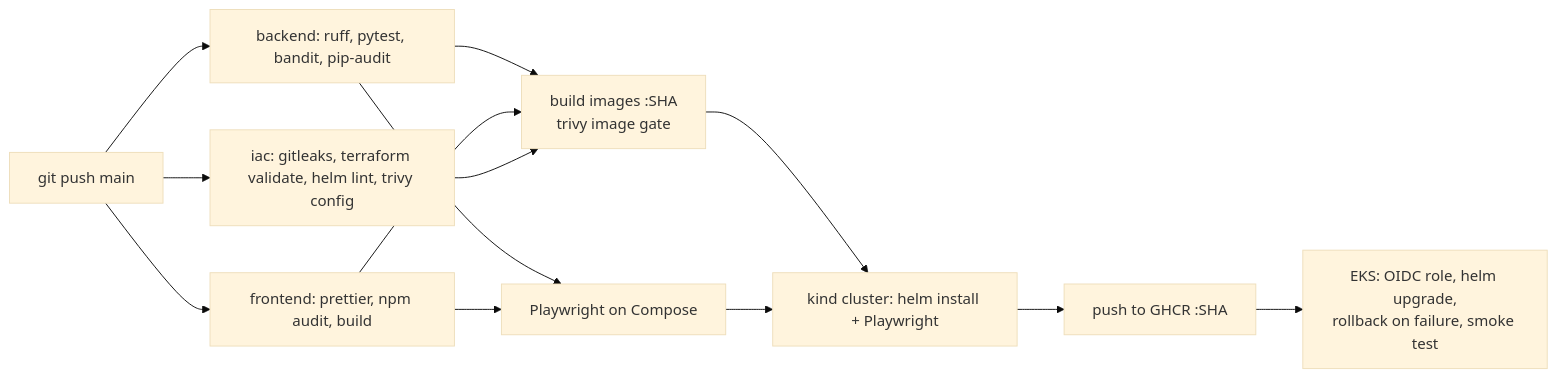
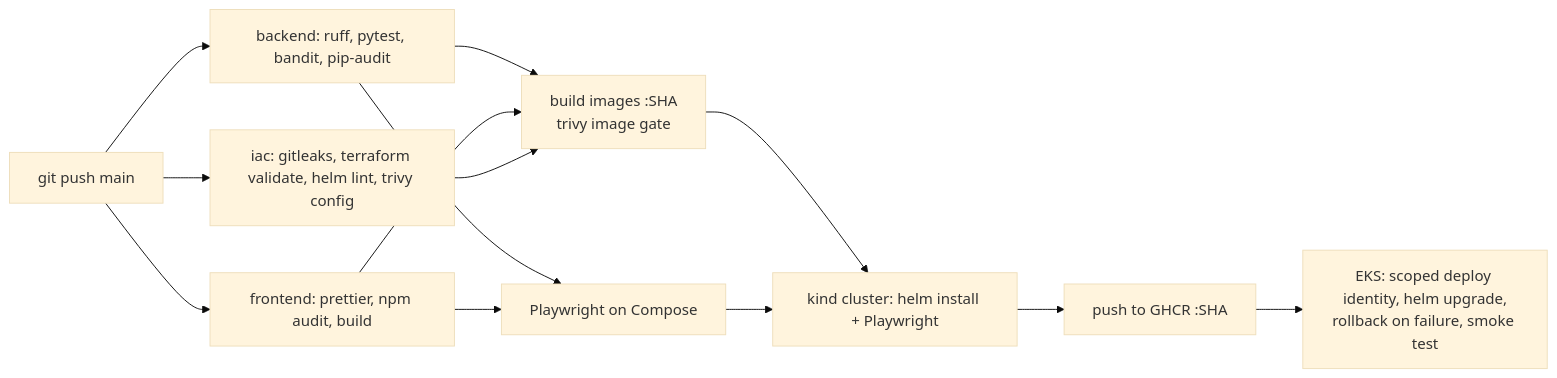
One commit to sanaa-duhh/Seatlock_Devops changed the third of 3 diagrams in docs/ARCHITECTURE.md. Above: the diagram before and after it, drawn with Mermaid (base theme). The commit also changed other lines of this file and 2 other files, not shown here.

Commit message:
Document ingress and deploy-auth modes and AWS account guardrails

````diff
--- a/docs/ARCHITECTURE.md
+++ b/docs/ARCHITECTURE.md
@@ -52,11 +53,11 @@
 ```mermaid
 flowchart LR
     Push[git push main] --> T[backend: ruff, pytest, bandit, pip-audit]
     Push --> F[frontend: prettier, npm audit, build]
     Push --> I[iac: gitleaks, terraform validate, helm lint, trivy config]
     T & F & I --> B[build images :SHA<br/>trivy image gate]
     T & F --> E[Playwright on Compose]
     B & E --> K[kind cluster: helm install + Playwright]
     K --> P[push to GHCR :SHA]
-    P --> D[EKS: OIDC role, helm upgrade,<br/>rollback on failure, smoke test]
+    P --> D[EKS: scoped deploy identity, helm upgrade,<br/>rollback on failure, smoke test]
 ```
````
